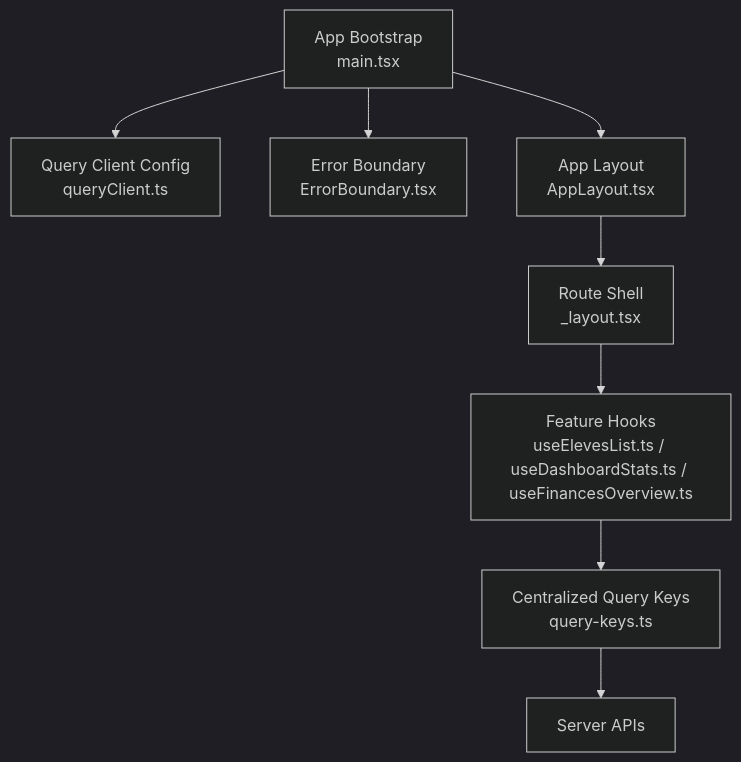
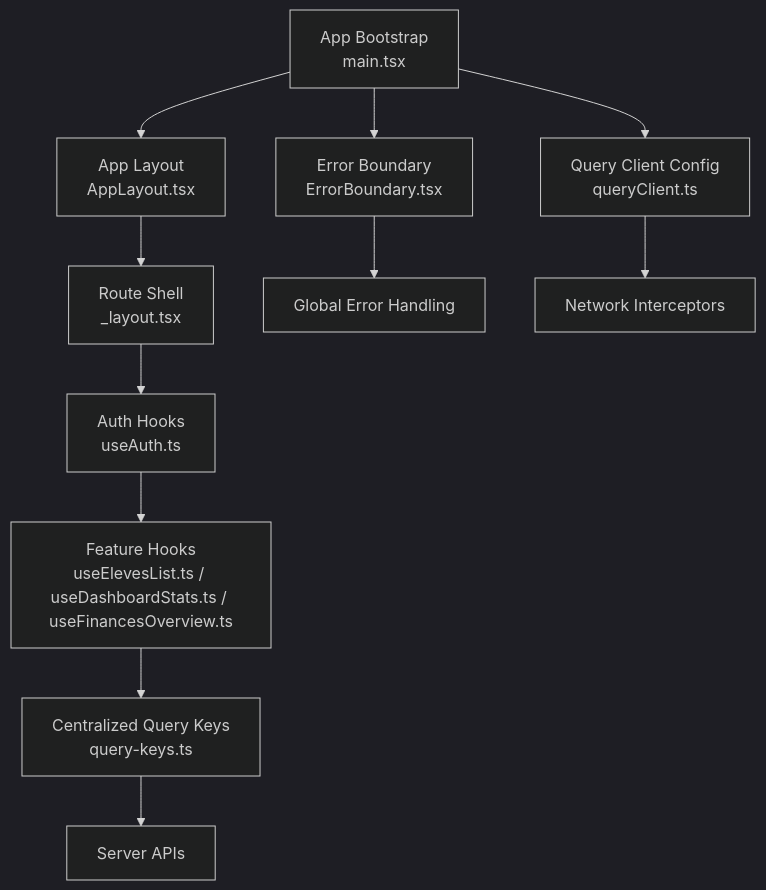
The first of 5 diagrams in .qoder/repowiki/en/content/System Architecture/Frontend Architecture/State Management/React Query Integration.md (franckylab/eLISAschool), drawn with Mermaid (dark theme) before and after one commit. The commit also changed other lines of this file and 19 other files, not shown here.

````diff
--- a/.qoder/repowiki/en/content/System Architecture/Frontend Architecture/State Management/React Query Integration.md
+++ b/.qoder/repowiki/en/content/System Architecture/Frontend Architecture/State Management/React Query Integration.md
@@ -49,10 +54,13 @@
 ```mermaid
 graph TB
 A["App Bootstrap<br/>main.tsx"] --> B["Query Client Config<br/>queryClient.ts"]
 A --> C["Error Boundary<br/>ErrorBoundary.tsx"]
 A --> D["App Layout<br/>AppLayout.tsx"]
 D --> E["Route Shell<br/>_layout.tsx"]
-E --> F["Feature Hooks<br/>useElevesList.ts / useDashboardStats.ts / useFinancesOverview.ts"]
-F --> G["Centralized Query Keys<br/>query-keys.ts"]
-G --> H["Server APIs"]
+E --> F["Auth Hooks<br/>useAuth.ts"]
+F --> G["Feature Hooks<br/>useElevesList.ts / useDashboardStats.ts / useFinancesOverview.ts"]
+G --> H["Centralized Query Keys<br/>query-keys.ts"]
+H --> I["Server APIs"]
+C --> J["Global Error Handling"]
+B --> K["Network Interceptors"]
 ```
````
